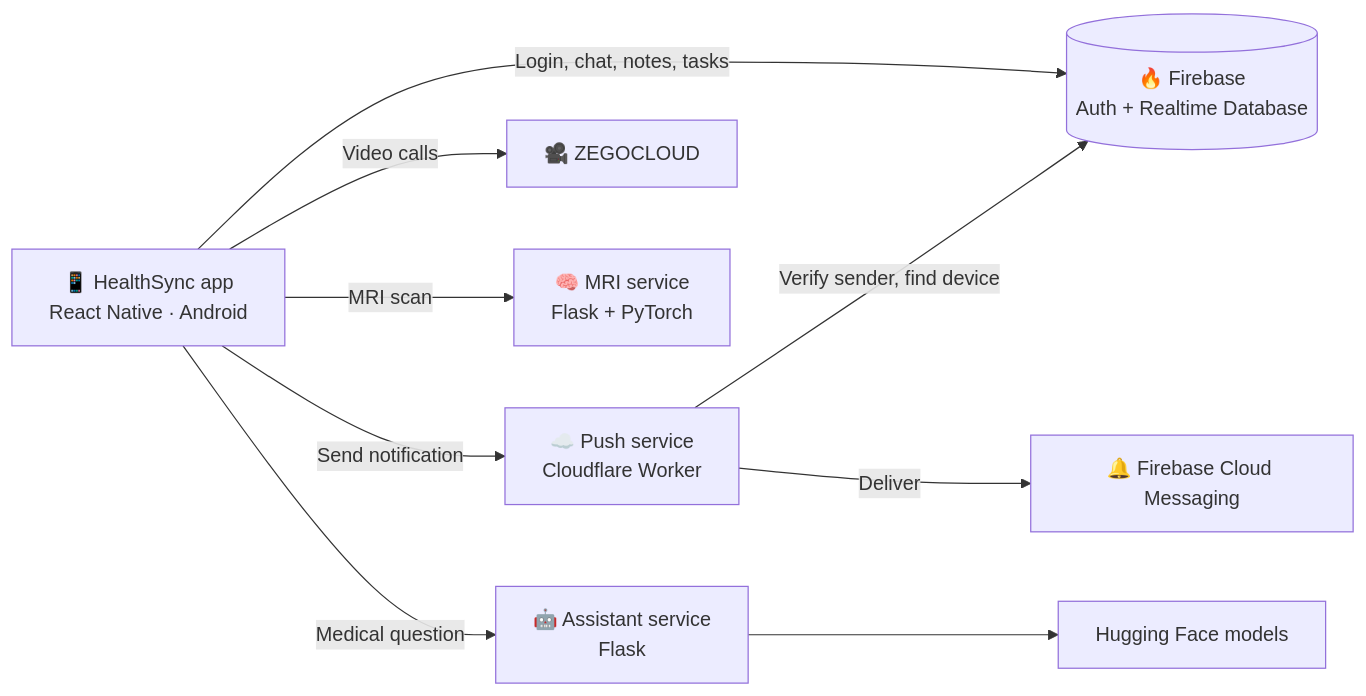
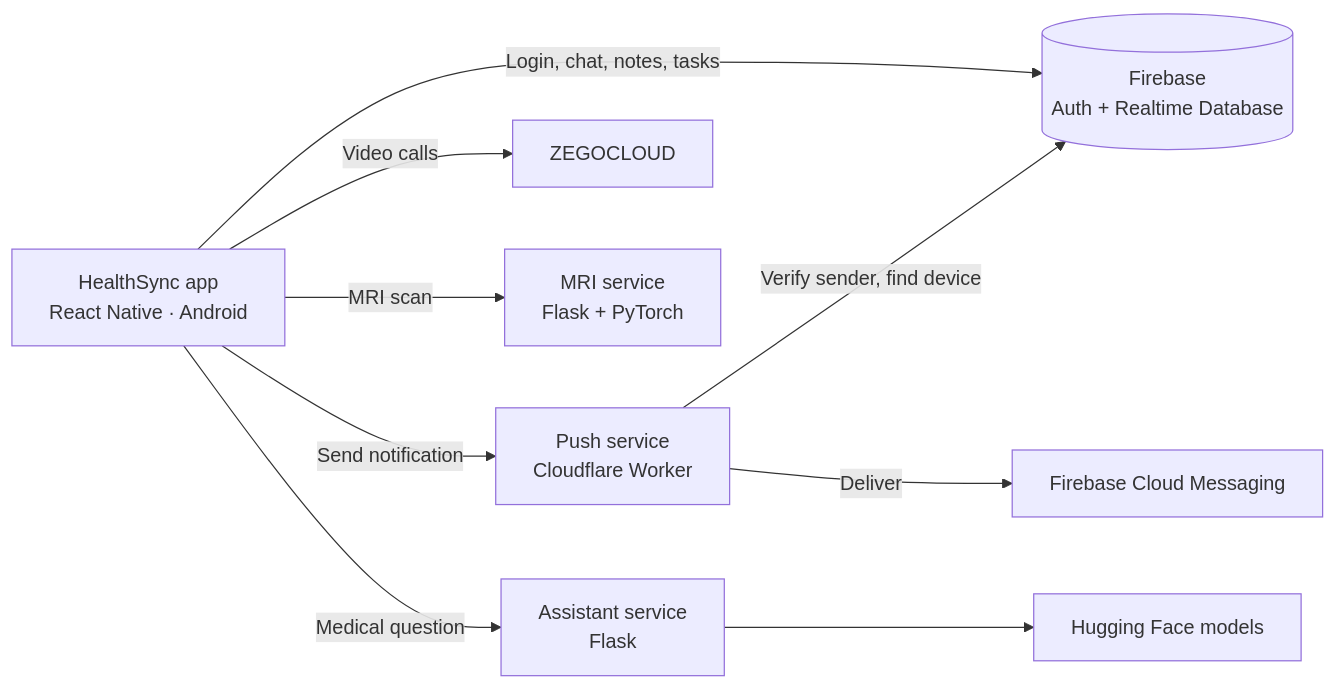
One commit to hassaan2077/HealthSync-Showcase changed the diagram in README.md. Above: the diagram before and after it, drawn with Mermaid. The commit also changed other lines of this file and 2 other files, not shown here.

````diff
--- a/README.md
+++ b/README.md
@@ -188,12 +188,12 @@
 ```mermaid
 flowchart LR
-    App["📱 HealthSync app<br/>React Native · Android"]
-    App -- "Login, chat, notes, tasks" --> Firebase[("🔥 Firebase<br/>Auth + Realtime Database")]
-    App -- "Send notification" --> Worker["☁️ Push service<br/>Cloudflare Worker"]
+    App["HealthSync app<br/>React Native · Android"]
+    App -- "Login, chat, notes, tasks" --> Firebase[("Firebase<br/>Auth + Realtime Database")]
+    App -- "Send notification" --> Worker["Push service<br/>Cloudflare Worker"]
     Worker -- "Verify sender, find device" --> Firebase
-    Worker -- "Deliver" --> FCM["🔔 Firebase Cloud Messaging"]
-    App -- "Video calls" --> Zego["🎥 ZEGOCLOUD"]
-    App -- "MRI scan" --> MRI["🧠 MRI service<br/>Flask + PyTorch"]
-    App -- "Medical question" --> Bot["🤖 Assistant service<br/>Flask"]
+    Worker -- "Deliver" --> FCM["Firebase Cloud Messaging"]
+    App -- "Video calls" --> Zego["ZEGOCLOUD"]
+    App -- "MRI scan" --> MRI["MRI service<br/>Flask + PyTorch"]
+    App -- "Medical question" --> Bot["Assistant service<br/>Flask"]
     Bot --> HF["Hugging Face models"]
 ```
````
